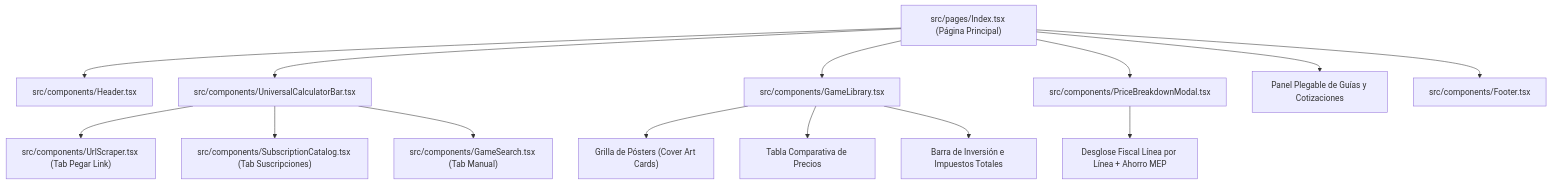
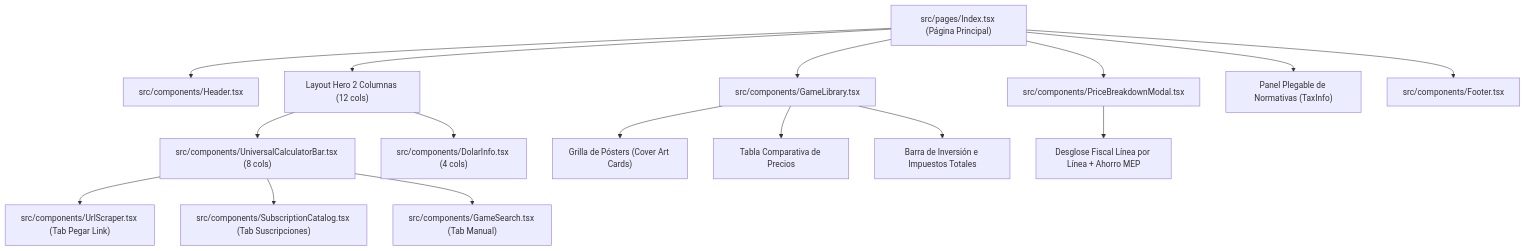
Before and after one commit to wrappingmati/impuesto-argento: the diagram in FRONTEND_DESIGN_CONTEXT.md, drawn with Mermaid. The commit also changed other lines of this file and 2 other files, not shown here.

Commit message:
feat(ui): place live dollar rates card side-by-side with tax calculator

````diff
--- a/FRONTEND_DESIGN_CONTEXT.md
+++ b/FRONTEND_DESIGN_CONTEXT.md
@@ -40,19 +39,21 @@
 ```mermaid
 flowchart TD
     Index["src/pages/Index.tsx (Página Principal)"] --> Header["src/components/Header.tsx"]
-    Index --> UniversalBar["src/components/UniversalCalculatorBar.tsx"]
+    Index --> HeroGrid["Layout Hero 2 Columnas (12 cols)"]
+    HeroGrid --> UniversalBar["src/components/UniversalCalculatorBar.tsx (8 cols)"]
+    HeroGrid --> LiveDolar["src/components/DolarInfo.tsx (4 cols)"]
     Index --> GameLibrary["src/components/GameLibrary.tsx"]
     Index --> BreakdownModal["src/components/PriceBreakdownModal.tsx"]
-    Index --> CollapsibleGuides["Panel Plegable de Guías y Cotizaciones"]
+    Index --> CollapsibleGuides["Panel Plegable de Normativas (TaxInfo)"]
     Index --> Footer["src/components/Footer.tsx"]
 
     UniversalBar --> UrlScraper["src/components/UrlScraper.tsx (Tab Pegar Link)"]
     UniversalBar --> SubCatalog["src/components/SubscriptionCatalog.tsx (Tab Suscripciones)"]
     UniversalBar --> GameSearch["src/components/GameSearch.tsx (Tab Manual)"]
 
     GameLibrary --> PosterGrid["Grilla de Pósters (Cover Art Cards)"]
     GameLibrary --> CompareTable["Tabla Comparativa de Precios"]
     GameLibrary --> SummaryMetrics["Barra de Inversión e Impuestos Totales"]
 
     BreakdownModal --> TaxReceipt["Desglose Fiscal Línea por Línea + Ahorro MEP"]
 ```
````
